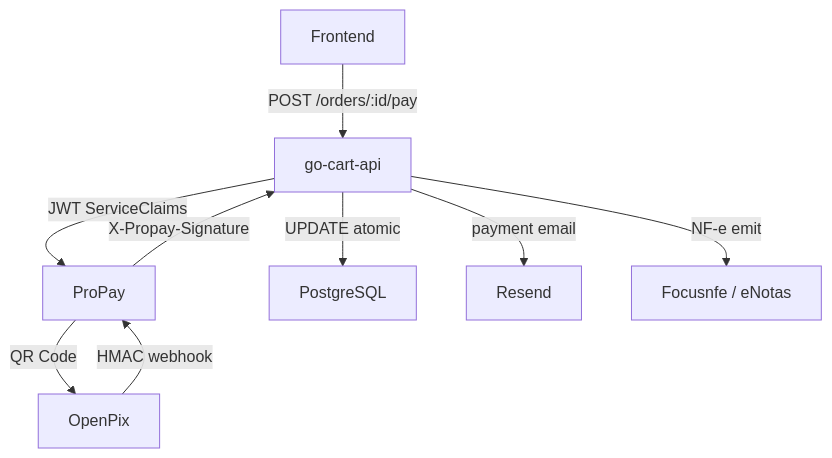
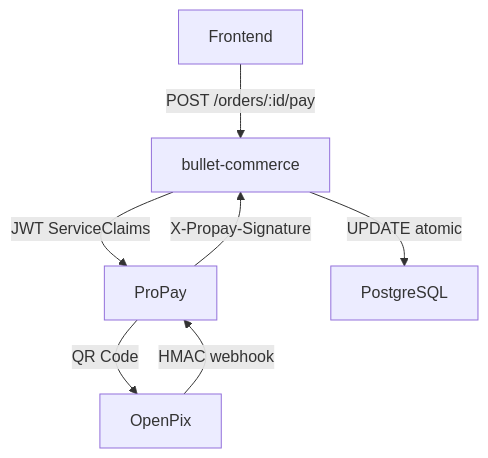
The third of 3 diagrams in readme.md (Bulletdev/bullet-commerce), drawn with Mermaid before and after one commit. The commit also changed other lines of this file and 31 other files, not shown here.

Commit message:
chore: finish bullet-commerce rename, drop Render deploy, update README/docs and CI/infra

````diff
--- a/readme.md
+++ b/readme.md
@@ -636,11 +792,9 @@
 ```mermaid
 graph TD
-    Frontend -->|POST /orders/:id/pay| API["go-cart-api"]
+    Frontend -->|POST /orders/:id/pay| API["bullet-commerce"]
     API -->|JWT ServiceClaims| ProPay
     ProPay -->|QR Code| OpenPix
     OpenPix -->|HMAC webhook| ProPay
     ProPay -->|X-Propay-Signature| API
     API -->|UPDATE atomic| PostgreSQL
-    API -->|payment email| Resend
-    API -->|NF-e emit| NFe["Focusnfe / eNotas"]
 ```
````
